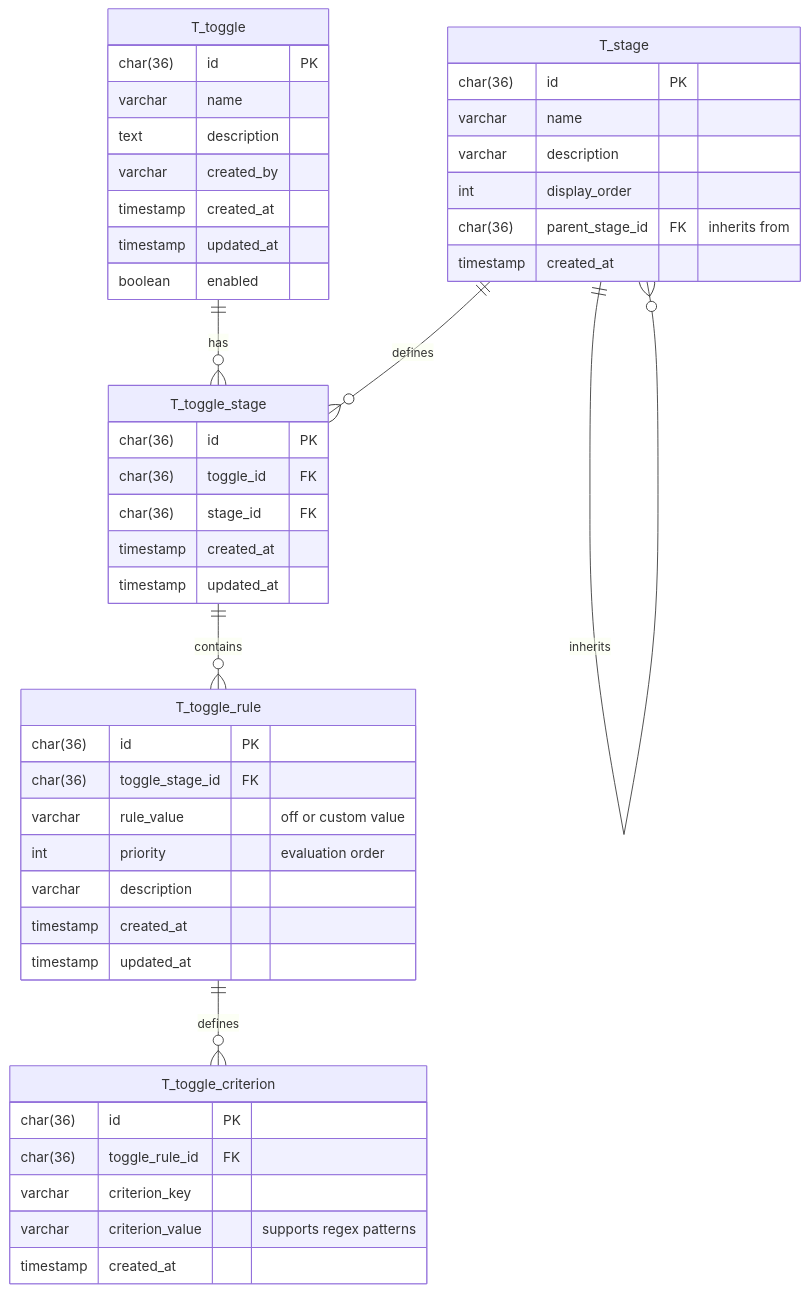
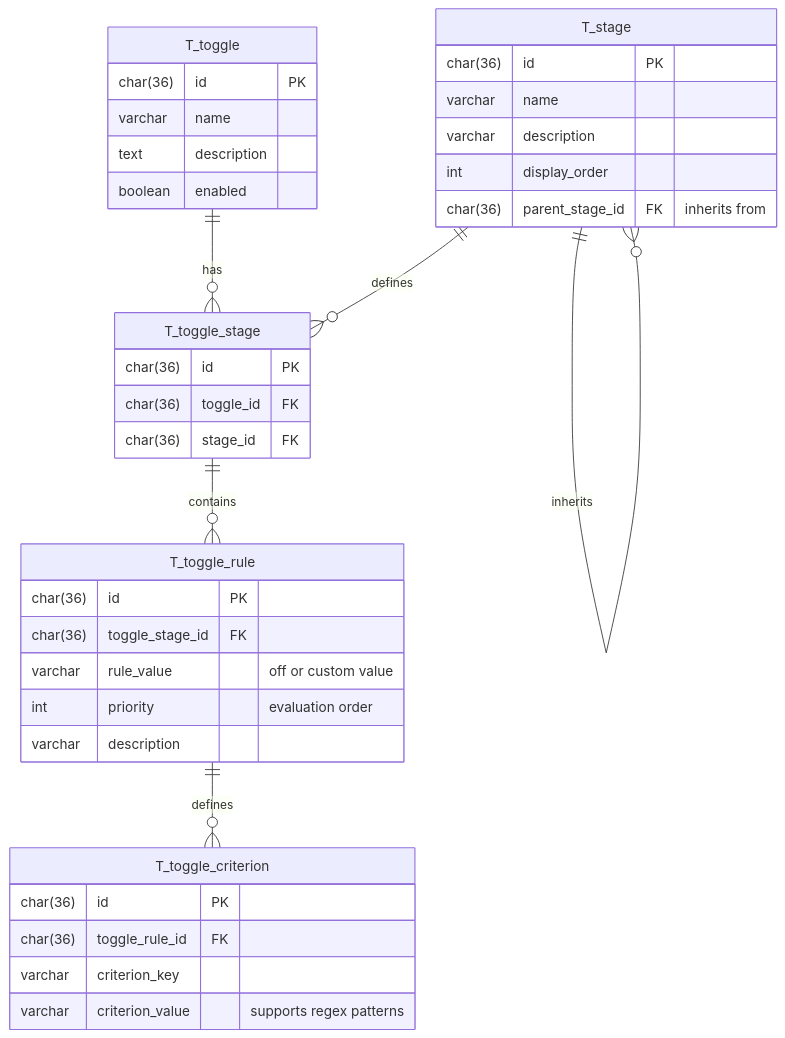
One commit to abstratium-dev/abstoggle changed the first of 2 diagrams in docs/DESIGN.md. Above: the diagram before and after it, drawn with Mermaid. The commit also changed other lines of this file and 53 other files, not shown here.

````diff
--- a/docs/DESIGN.md
+++ b/docs/DESIGN.md
@@ -15,53 +15,44 @@
 ```mermaid
 erDiagram
     T_toggle {
         char(36) id PK
         varchar name
         text description
-        varchar created_by
-        timestamp created_at
-        timestamp updated_at
         boolean enabled
     }
 
     T_stage {
         char(36) id PK
         varchar name
         varchar description
         int display_order
         char(36) parent_stage_id FK "inherits from"
-        timestamp created_at
     }
 
     T_toggle_stage {
         char(36) id PK
         char(36) toggle_id FK
         char(36) stage_id FK
-        timestamp created_at
-        timestamp updated_at
     }
 
     T_toggle_rule {
         char(36) id PK
         char(36) toggle_stage_id FK
         varchar rule_value "off or custom value"
         int priority "evaluation order"
         varchar description
-        timestamp created_at
-        timestamp updated_at
     }
 
     T_toggle_criterion {
         char(36) id PK
         char(36) toggle_rule_id FK
         varchar criterion_key
         varchar criterion_value "supports regex patterns"
-        timestamp created_at
     }
 
     T_stage ||--o{ T_stage : inherits
     T_toggle ||--o{ T_toggle_stage : has
     T_stage ||--o{ T_toggle_stage : defines
     T_toggle_stage ||--o{ T_toggle_rule : contains
     T_toggle_rule ||--o{ T_toggle_criterion : defines
 ```
````
